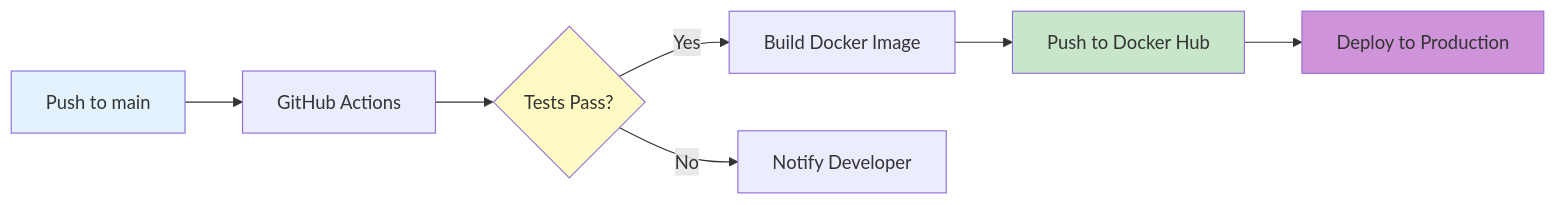
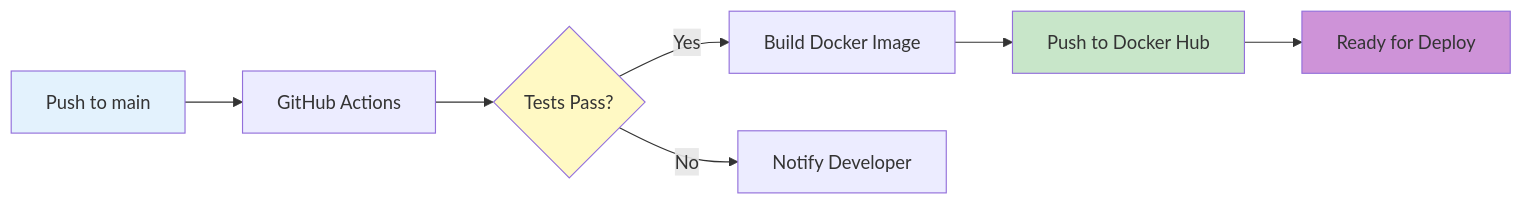
Before and after one commit to JavithNaseem-J/WattPredictor: the third of 3 diagrams in README.md, drawn with Mermaid. The commit also changed other lines of this file, not shown here.

Commit message:
docs: merge business metrics with clean architecture format in README

````diff
--- a/README.md
+++ b/README.md
@@ -341,14 +307,14 @@
 ```mermaid
 graph LR
     A[Push to main] --> B[GitHub Actions]
     B --> C{Tests Pass?}
     C -->|Yes| D[Build Docker Image]
     C -->|No| E[Notify Developer]
     D --> F[Push to Docker Hub]
-    F --> G[Deploy to Production]
+    F --> G[Ready for Deploy]
     
     style A fill:#e3f2fd
     style C fill:#fff9c4
     style F fill:#c8e6c9
     style G fill:#ce93d8
 ```
````
